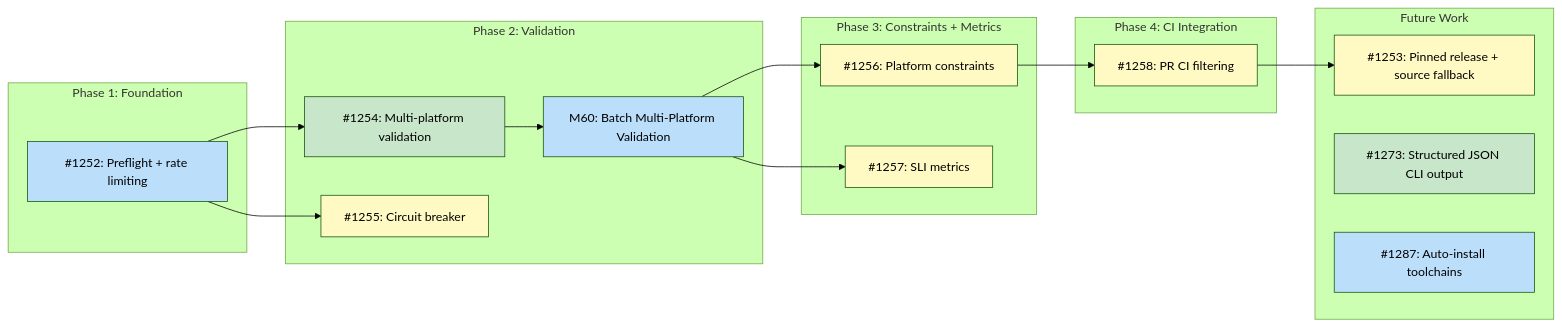
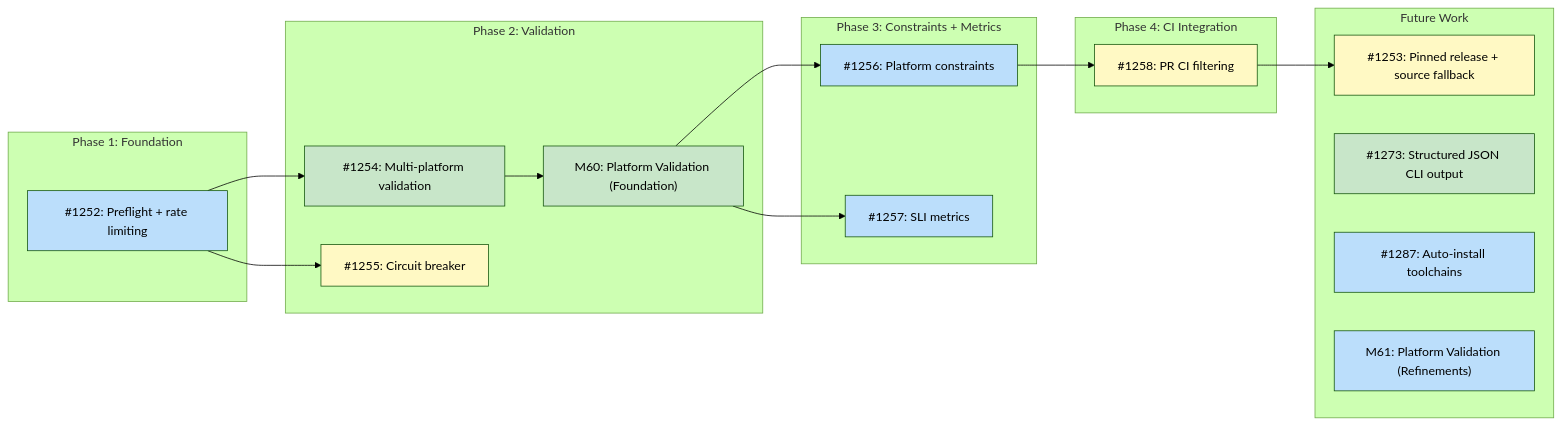
Before and after one commit to tsukumogami/tsuku: the diagram in docs/designs/DESIGN-batch-recipe-generation.md, drawn with Mermaid (forest theme). The commit also changed other lines of this file and 1 other file, not shown here.

Commit message:
docs(design): split M60 into foundation and refinements milestones
Rename M60 to "Batch Multi-Platform Validation (Foundation)" and create
M61 "Batch Multi-Platform Validation (Refinements)". Move #1324-#1327
to M61 as they are quality-of-life improvements not on the critical path.

Update both design docs: split the implementation issues table by
milestone, mark M60 as done in the batch-recipe-generation diagram,
and add M61 as independent future work.

````diff
--- a/docs/designs/DESIGN-batch-recipe-generation.md
+++ b/docs/designs/DESIGN-batch-recipe-generation.md
@@ -32,47 +32,47 @@
 ```mermaid
 graph LR
     subgraph Phase1["Phase 1: Foundation"]
         I1252["#1252: Preflight + rate limiting"]
     end
 
     subgraph Phase2["Phase 2: Validation"]
         I1254["#1254: Multi-platform validation"]
         I1255["#1255: Circuit breaker"]
-        M60["M60: Batch Multi-Platform Validation"]
+        M60["M60: Platform Validation (Foundation)"]
     end
 
     subgraph Phase3["Phase 3: Constraints + Metrics"]
         I1256["#1256: Platform constraints"]
         I1257["#1257: SLI metrics"]
     end
 
     subgraph Phase4["Phase 4: CI Integration"]
         I1258["#1258: PR CI filtering"]
     end
 
     subgraph Future["Future Work"]
         I1253["#1253: Pinned release + source fallback"]
         I1273["#1273: Structured JSON CLI output"]
         I1287["#1287: Auto-install toolchains"]
+        M61["M61: Platform Validation (Refinements)"]
     end
 
     I1252 --> I1254
     I1252 --> I1255
     I1254 --> M60
     M60 --> I1256
     M60 --> I1257
     I1256 --> I1258
     I1258 --> I1253
 
     classDef done fill:#c8e6c9
     classDef ready fill:#bbdefb
     classDef blocked fill:#fff9c4
     classDef needsDesign fill:#e1bee7
 
     class I1252 ready
     class I1253 blocked
-    class I1254,I1273 done
-    class I1287 ready
-    class M60 ready
-    class I1255,I1256,I1257,I1258 blocked
+    class I1254,I1273,M60 done
+    class I1287,I1256,I1257,M61 ready
+    class I1255,I1258 blocked
 ```
````
